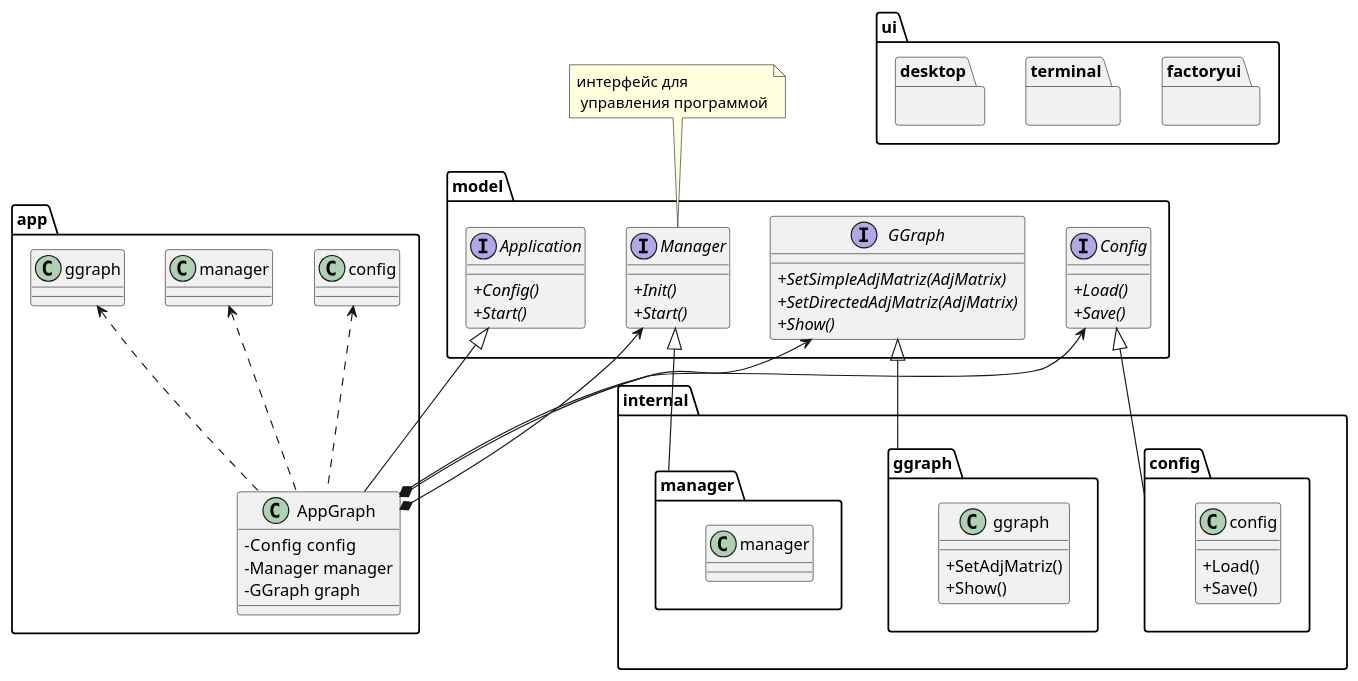
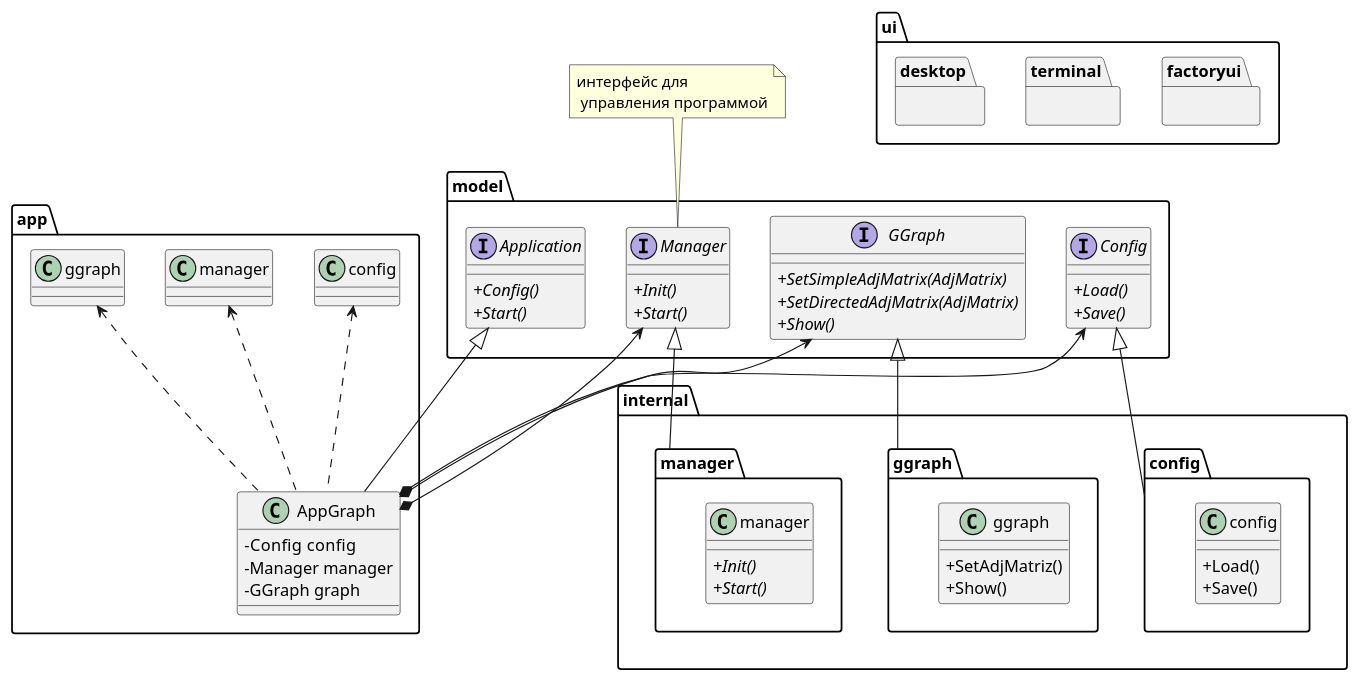
Before and after one commit to Giovanny472/ggraph: the diagram in model/diagram/diagram.wsd, drawn with PlantUML. The commit also changed 6 other files, not shown here.

```diff
--- a/model/diagram/diagram.wsd
+++ b/model/diagram/diagram.wsd
@@ -1,81 +1,82 @@
 @startuml
 skinparam ClassAttributeIconSize 0
 
 package "model" {
     interface IApp as "Application" {
         + {abstract} Config()
         + {abstract} Start()
     }
 
     interface IConfig as "Config" {
        + {abstract} Load()
        + {abstract} Save()
     }
 
     interface IGGraph as "GGraph" {
-       + {abstract} SetSimpleAdjMatriz(AdjMatrix)
-       + {abstract} SetDirectedAdjMatriz(AdjMatrix)
+       + {abstract} SetSimpleAdjMatrix(AdjMatrix)
+       + {abstract} SetDirectedAdjMatrix(AdjMatrix)
        + {abstract} Show()
     }
 
     interface IManager as "Manager" {
        + {abstract} Init()
        + {abstract} Start()
     }
 }
 note top: интерфейс для\n управления программой
 
 
 package "app" {
 
     class AppGraph{
         - Config  сonfig
         - Manager manager
         - GGraph graph
     }
     IApp <|--AppGraph
     IConfig  <--*  AppGraph
     IManager <--*  AppGraph
     IGGraph  <--*  AppGraph
 
     ggraph  <.. AppGraph
     config  <.. AppGraph
     manager <.. AppGraph
 }
 
 package "internal" {
 
     package "config" {
         class config{
             + Load()
             + Save()
         }
     }
     IConfig <|-- config
 
     package "ggraph" {
         class ggraph{
             + SetAdjMatriz()
             + Show()
         }
     }
     IGGraph  <|-- ggraph
 
     package "manager" {
         class manager{
-
+            + {abstract} Init()
+            + {abstract} Start()
         }
     }
     IManager <|-- manager
 
 }
 
 
 package ui {
     package factoryui{}
     package terminal{}
     package desktop{}
 }
 
 
 @enduml
```
